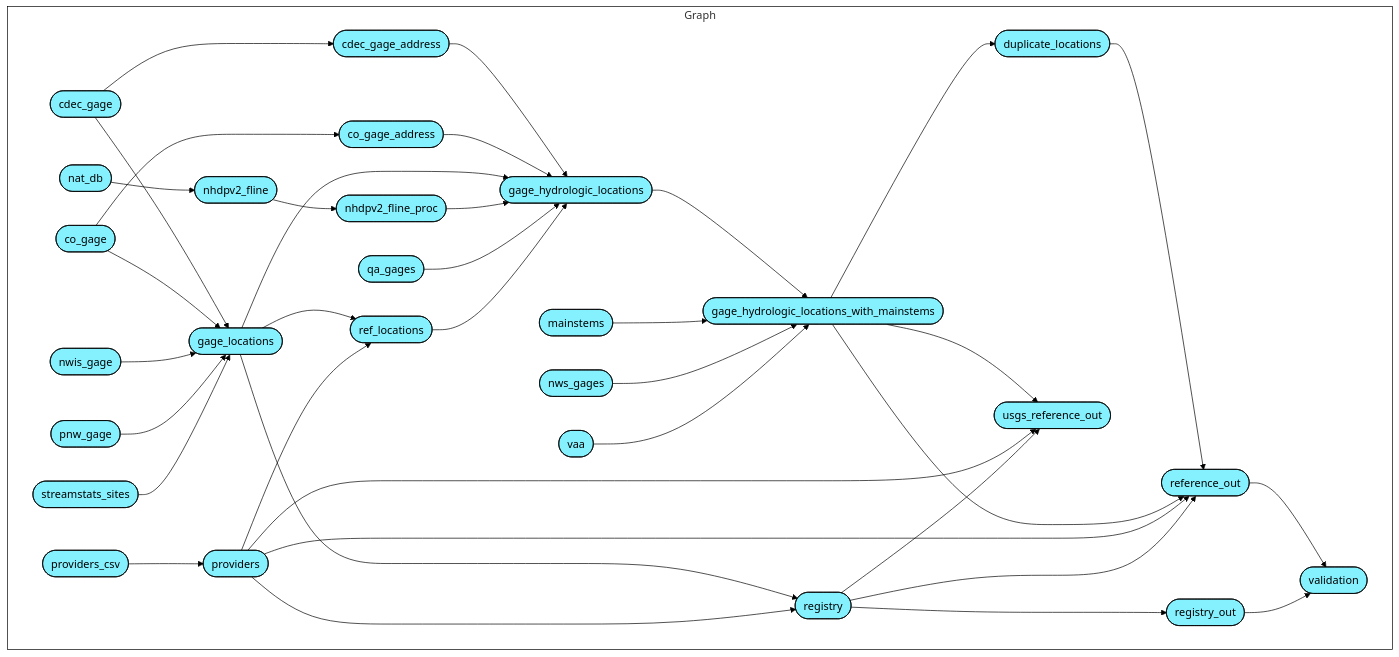
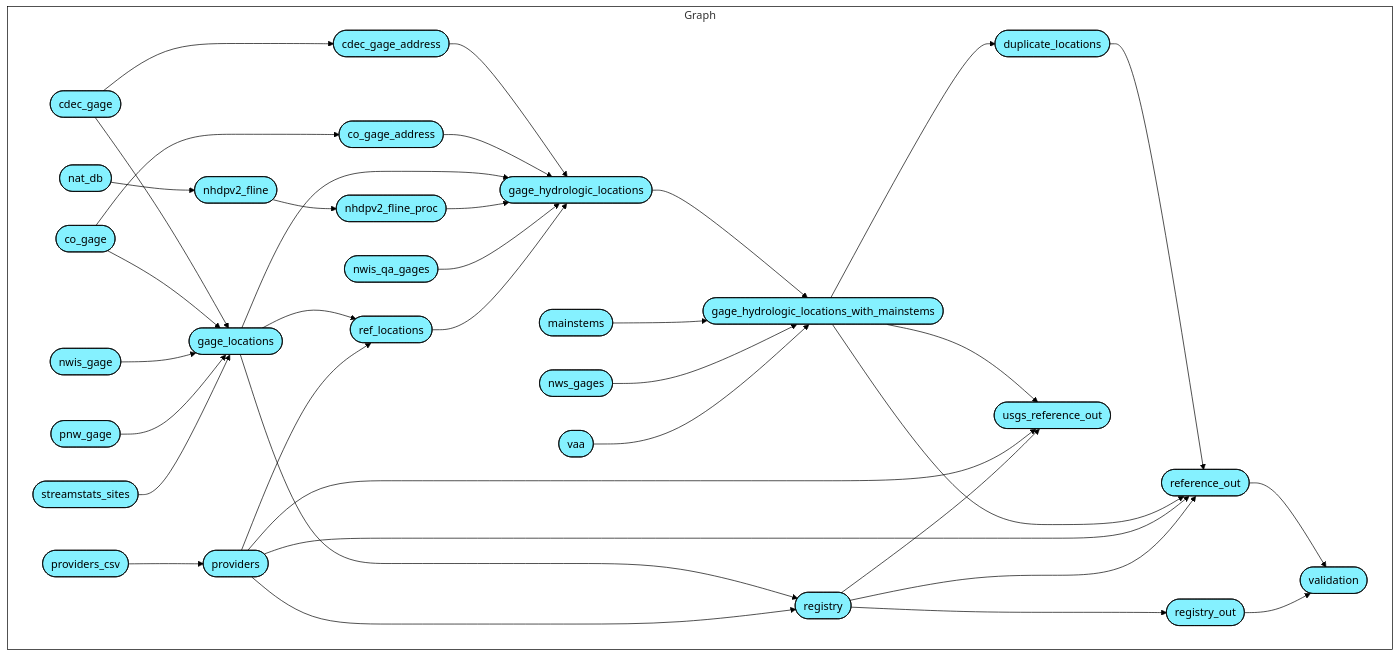
The diagram in README.md (internetofwater/ref_gages), drawn with Mermaid (forest theme) before and after one commit.

````diff
--- a/README.md
+++ b/README.md
@@ -20,43 +20,43 @@
 ```mermaid
 graph LR
   style Graph fill:#FFFFFF,stroke:#000000;
   subgraph Graph
     direction LR
     x68fd7d2729e8459c(["cdec_gage"]):::uptodate --> x14690c3296417993(["gage_locations"]):::uptodate
     xc02b3fa6e288c95f(["co_gage"]):::uptodate --> x14690c3296417993(["gage_locations"]):::uptodate
     x26dbd46269195f71(["nwis_gage"]):::uptodate --> x14690c3296417993(["gage_locations"]):::uptodate
     x8221330b9bd19285(["pnw_gage"]):::uptodate --> x14690c3296417993(["gage_locations"]):::uptodate
     xa5c0bb03406aa7a0(["streamstats_sites"]):::uptodate --> x14690c3296417993(["gage_locations"]):::uptodate
     x68fd7d2729e8459c(["cdec_gage"]):::uptodate --> x75417e6b8a919cb9(["cdec_gage_address"]):::uptodate
     x75417e6b8a919cb9(["cdec_gage_address"]):::uptodate --> x9f75c3a258e544f6(["gage_hydrologic_locations"]):::uptodate
     x2c545b6cd69230ad(["co_gage_address"]):::uptodate --> x9f75c3a258e544f6(["gage_hydrologic_locations"]):::uptodate
     x14690c3296417993(["gage_locations"]):::uptodate --> x9f75c3a258e544f6(["gage_hydrologic_locations"]):::uptodate
     xcd07b5771d79298c(["nhdpv2_fline_proc"]):::uptodate --> x9f75c3a258e544f6(["gage_hydrologic_locations"]):::uptodate
-    xcf9c4895c540caf6(["qa_gages"]):::uptodate --> x9f75c3a258e544f6(["gage_hydrologic_locations"]):::uptodate
+    xcf9c4895c540caf6(["nwis_qa_gages"]):::uptodate --> x9f75c3a258e544f6(["gage_hydrologic_locations"]):::uptodate
     x851c6bba0e062390(["ref_locations"]):::uptodate --> x9f75c3a258e544f6(["gage_hydrologic_locations"]):::uptodate
     x2aa750ef5905719e(["duplicate_locations"]):::uptodate --> x96d1384a6f25eeca(["reference_out"]):::uptodate
     xfe50b36338a451f2(["gage_hydrologic_locations_with_mainstems"]):::uptodate --> x96d1384a6f25eeca(["reference_out"]):::uptodate
     xf515f77fccd1b2cc(["providers"]):::uptodate --> x96d1384a6f25eeca(["reference_out"]):::uptodate
     xa5d81f243d49b74b(["registry"]):::uptodate --> x96d1384a6f25eeca(["reference_out"]):::uptodate
     xfe50b36338a451f2(["gage_hydrologic_locations_with_mainstems"]):::uptodate --> x2aa750ef5905719e(["duplicate_locations"]):::uptodate
     x14690c3296417993(["gage_locations"]):::uptodate --> xa5d81f243d49b74b(["registry"]):::uptodate
     xf515f77fccd1b2cc(["providers"]):::uptodate --> xa5d81f243d49b74b(["registry"]):::uptodate
     xa5d81f243d49b74b(["registry"]):::uptodate --> x3c26915feb6d5453(["registry_out"]):::uptodate
     xfe50b36338a451f2(["gage_hydrologic_locations_with_mainstems"]):::uptodate --> x9423f5225a1fe63d(["usgs_reference_out"]):::uptodate
     xf515f77fccd1b2cc(["providers"]):::uptodate --> x9423f5225a1fe63d(["usgs_reference_out"]):::uptodate
     xa5d81f243d49b74b(["registry"]):::uptodate --> x9423f5225a1fe63d(["usgs_reference_out"]):::uptodate
     x14690c3296417993(["gage_locations"]):::uptodate --> x851c6bba0e062390(["ref_locations"]):::uptodate
     xf515f77fccd1b2cc(["providers"]):::uptodate --> x851c6bba0e062390(["ref_locations"]):::uptodate
     x9f75c3a258e544f6(["gage_hydrologic_locations"]):::uptodate --> xfe50b36338a451f2(["gage_hydrologic_locations_with_mainstems"]):::uptodate
     x62f64b5e1492705f(["mainstems"]):::uptodate --> xfe50b36338a451f2(["gage_hydrologic_locations_with_mainstems"]):::uptodate
     xcaf37b018c5051fa(["nws_gages"]):::uptodate --> xfe50b36338a451f2(["gage_hydrologic_locations_with_mainstems"]):::uptodate
     x3e10572866348fbd(["vaa"]):::uptodate --> xfe50b36338a451f2(["gage_hydrologic_locations_with_mainstems"]):::uptodate
     xc02b3fa6e288c95f(["co_gage"]):::uptodate --> x2c545b6cd69230ad(["co_gage_address"]):::uptodate
     xaa36b9c75449da58(["nhdpv2_fline"]):::uptodate --> xcd07b5771d79298c(["nhdpv2_fline_proc"]):::uptodate
     x96d1384a6f25eeca(["reference_out"]):::uptodate --> xd1529679f089b8ed(["validation"]):::uptodate
     x3c26915feb6d5453(["registry_out"]):::uptodate --> xd1529679f089b8ed(["validation"]):::uptodate
     x17318bfe07205f04(["providers_csv"]):::uptodate --> xf515f77fccd1b2cc(["providers"]):::uptodate
     xcc0828d76b923a09(["nat_db"]):::uptodate --> xaa36b9c75449da58(["nhdpv2_fline"]):::uptodate
   end
   classDef uptodate stroke:#000000,color:#000000,fill:#85F1FF;
 ```
````
